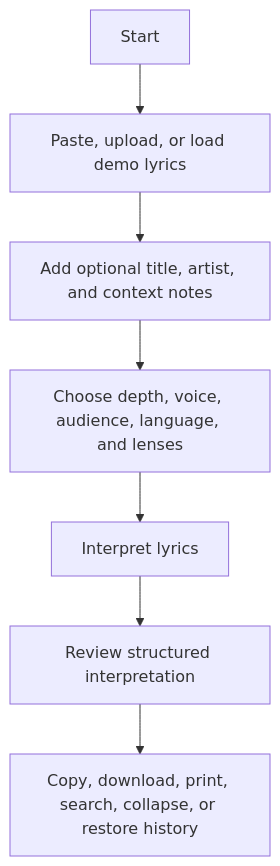
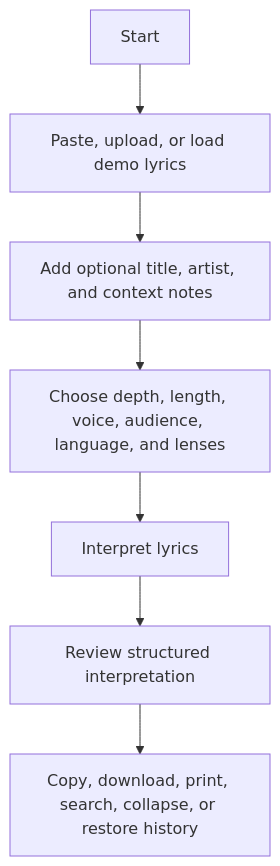
The diagram in USER_MANUAL.md (AsadullahBajwa/LyricLens), drawn with Mermaid before and after one commit. The commit also changed other lines of this file and 5 other files, not shown here.

````diff
--- a/USER_MANUAL.md
+++ b/USER_MANUAL.md
@@ -18,17 +18,17 @@
 ```mermaid
 flowchart TD
   start["Start"]
   lyrics["Paste, upload, or load demo lyrics"]
   context["Add optional title, artist, and context notes"]
-  settings["Choose depth, voice, audience, language, and lenses"]
+  settings["Choose depth, length, voice, audience, language, and lenses"]
   submit["Interpret lyrics"]
   output["Review structured interpretation"]
   actions["Copy, download, print, search, collapse, or restore history"]
 
   start --> lyrics
   lyrics --> context
   context --> settings
   settings --> submit
   submit --> output
   output --> actions
 ```
````
